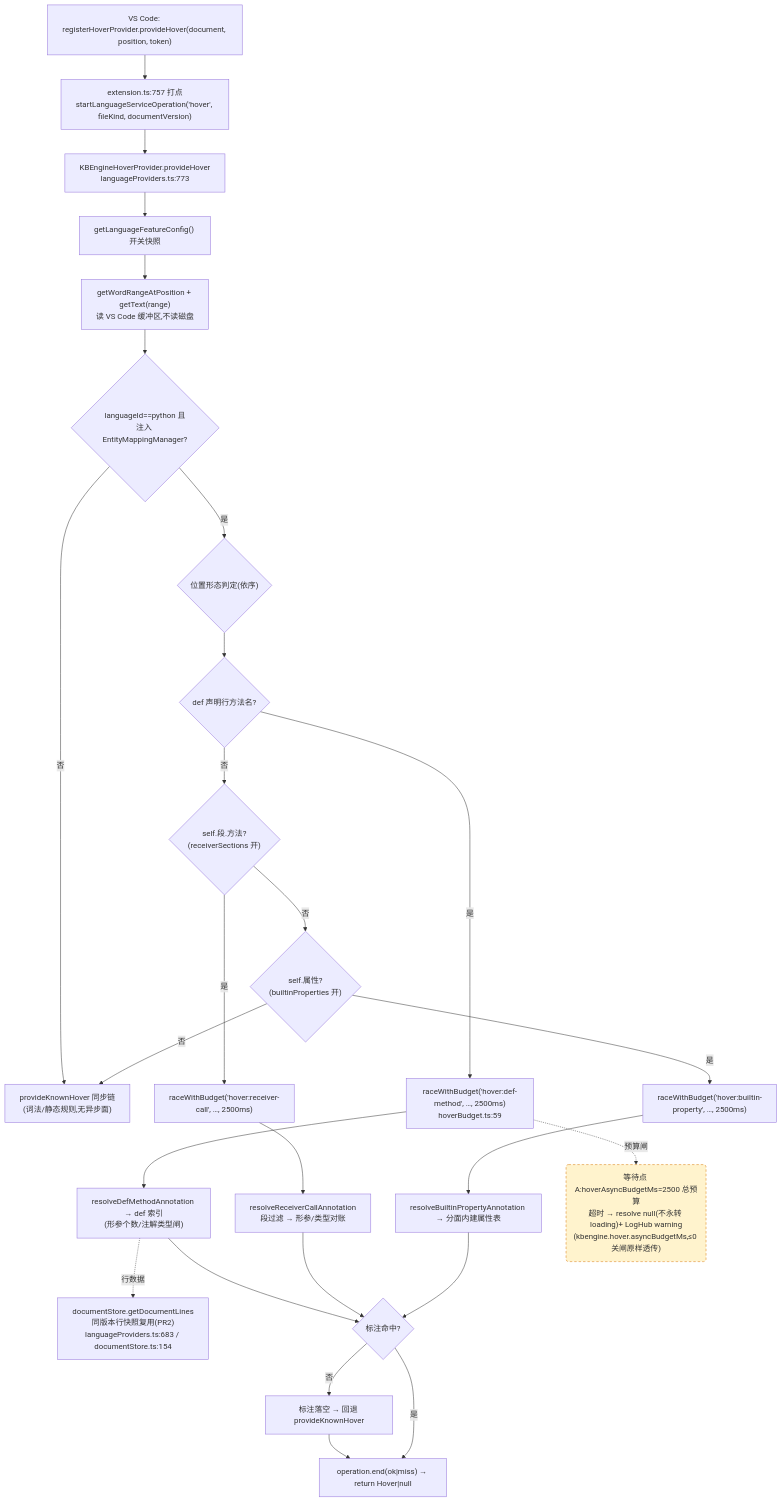
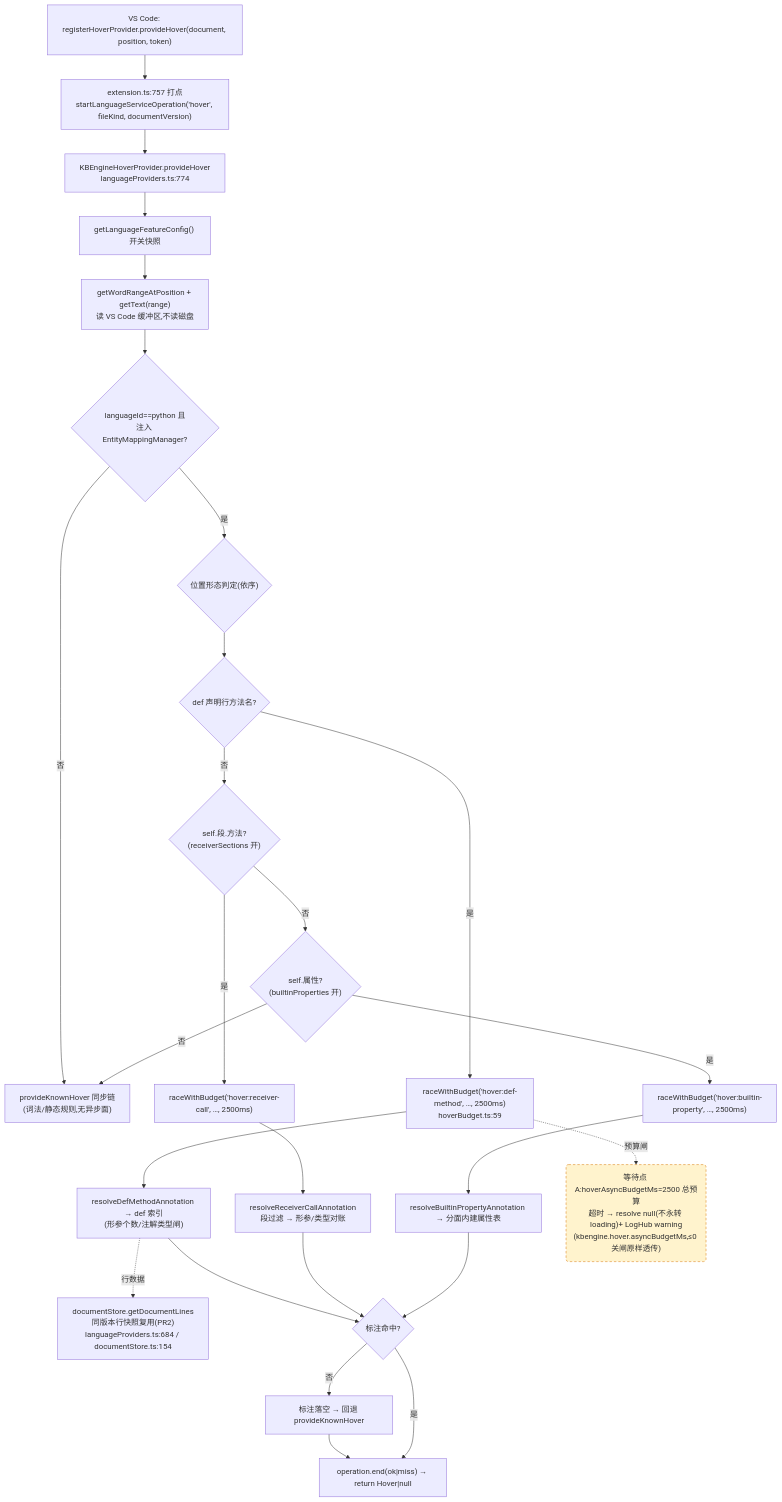
The first of 4 diagrams in docs/perf/2026-baseline.md (cuihairu/kode), drawn with Mermaid before and after one commit. The commit also changed other lines of this file and 6 other files, not shown here.

````diff
--- a/docs/perf/2026-baseline.md
+++ b/docs/perf/2026-baseline.md
@@ -82,45 +82,45 @@
 ```mermaid
 flowchart TD
   VC1["VS Code: registerHoverProvider.provideHover(document, position, token)"]
   M1["extension.ts:757 打点<br/>startLanguageServiceOperation('hover', fileKind, documentVersion)"]
-  HP["KBEngineHoverProvider.provideHover<br/>languageProviders.ts:773"]
+  HP["KBEngineHoverProvider.provideHover<br/>languageProviders.ts:774"]
   CFG["getLanguageFeatureConfig() 开关快照"]
   WORD["getWordRangeAtPosition + getText(range)<br/>读 VS Code 缓冲区,不读磁盘"]
   BR{"languageId==python 且<br/>注入 EntityMappingManager?"}
   KN["provideKnownHover 同步链<br/>(词法/静态规则,无异步面)"]
   POS{"位置形态判定(依序)"}
   D1{"def 声明行方法名?"}
   D2{"self.段.方法?<br/>(receiverSections 开)"}
   D3{"self.属性?<br/>(builtinProperties 开)"}
   RA1["raceWithBudget('hover:def-method', …, 2500ms)<br/>hoverBudget.ts:59"]
   RA2["raceWithBudget('hover:receiver-call', …, 2500ms)"]
   RA3["raceWithBudget('hover:builtin-property', …, 2500ms)"]
   RS1["resolveDefMethodAnnotation → def 索引<br/>(形参个数/注解类型闸)"]
   RS2["resolveReceiverCallAnnotation<br/>段过滤 → 形参/类型对账"]
   RS3["resolveBuiltinPropertyAnnotation → 分面内建属性表"]
-  LINES["documentStore.getDocumentLines<br/>同版本行快照复用(PR2)<br/>languageProviders.ts:683 / documentStore.ts:154"]
+  LINES["documentStore.getDocumentLines<br/>同版本行快照复用(PR2)<br/>languageProviders.ts:684 / documentStore.ts:154"]
   MISS["标注落空 → 回退 provideKnownHover"]
   END1["operation.end(ok|miss) → return Hover|null"]
 
   VC1 --> M1 --> HP --> CFG --> WORD --> BR
   BR -- "否" --> KN
   BR -- "是" --> POS --> D1
   D1 -- "是" --> RA1 --> RS1
   D1 -- "否" --> D2
   D2 -- "是" --> RA2 --> RS2
   D2 -- "否" --> D3
   D3 -- "是" --> RA3 --> RS3
   D3 -- "否" --> KN
   RS1 --> HIT{"标注命中?"}
   RS2 --> HIT
   RS3 --> HIT
   RS1 -.->|行数据| LINES
   HIT -- "否" --> MISS --> END1
   HIT -- "是" --> END1
 
   WAITA("等待点 A:hoverAsyncBudgetMs=2500 总预算<br/>超时 → resolve null(不永转 loading)+ LogHub warning<br/>(kbengine.hover.asyncBudgetMs,≤0 关闸原样透传)")
   RA1 -.->|预算闸| WAITA
 
   classDef waitPoint fill:#fff3cd,stroke:#d97706,stroke-dasharray:5 4;
   class WAITA waitPoint;
 ```
````
